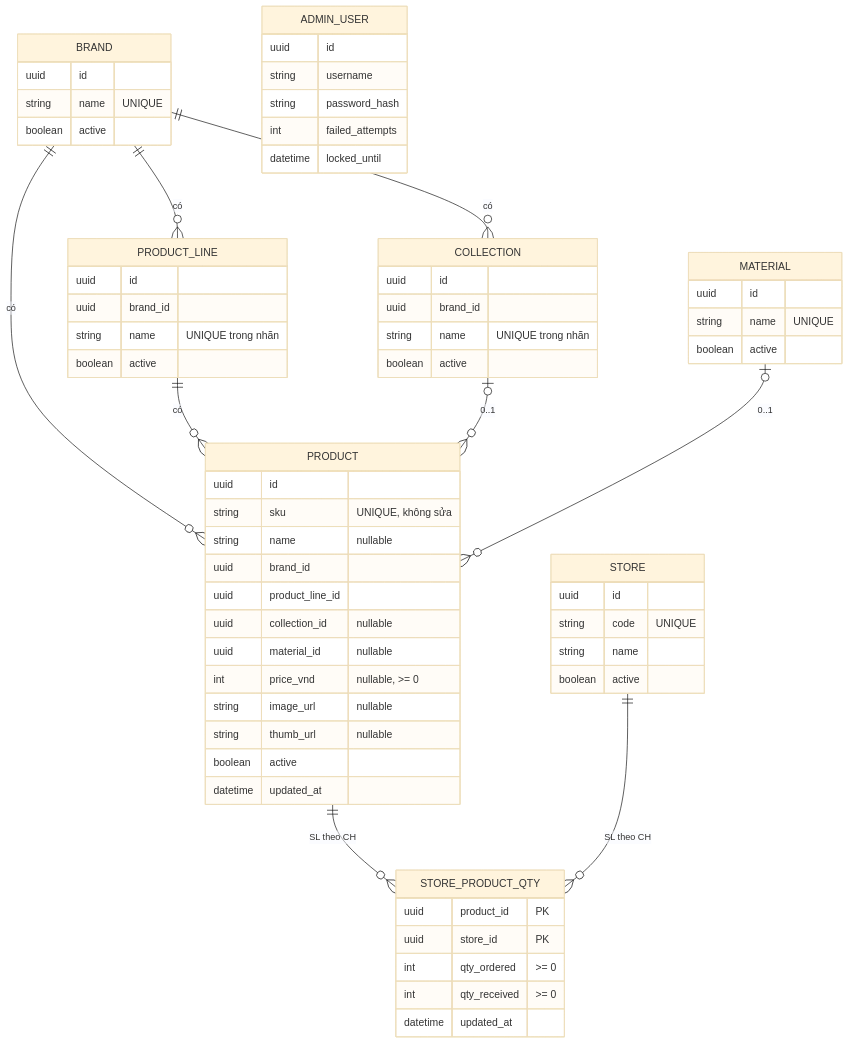
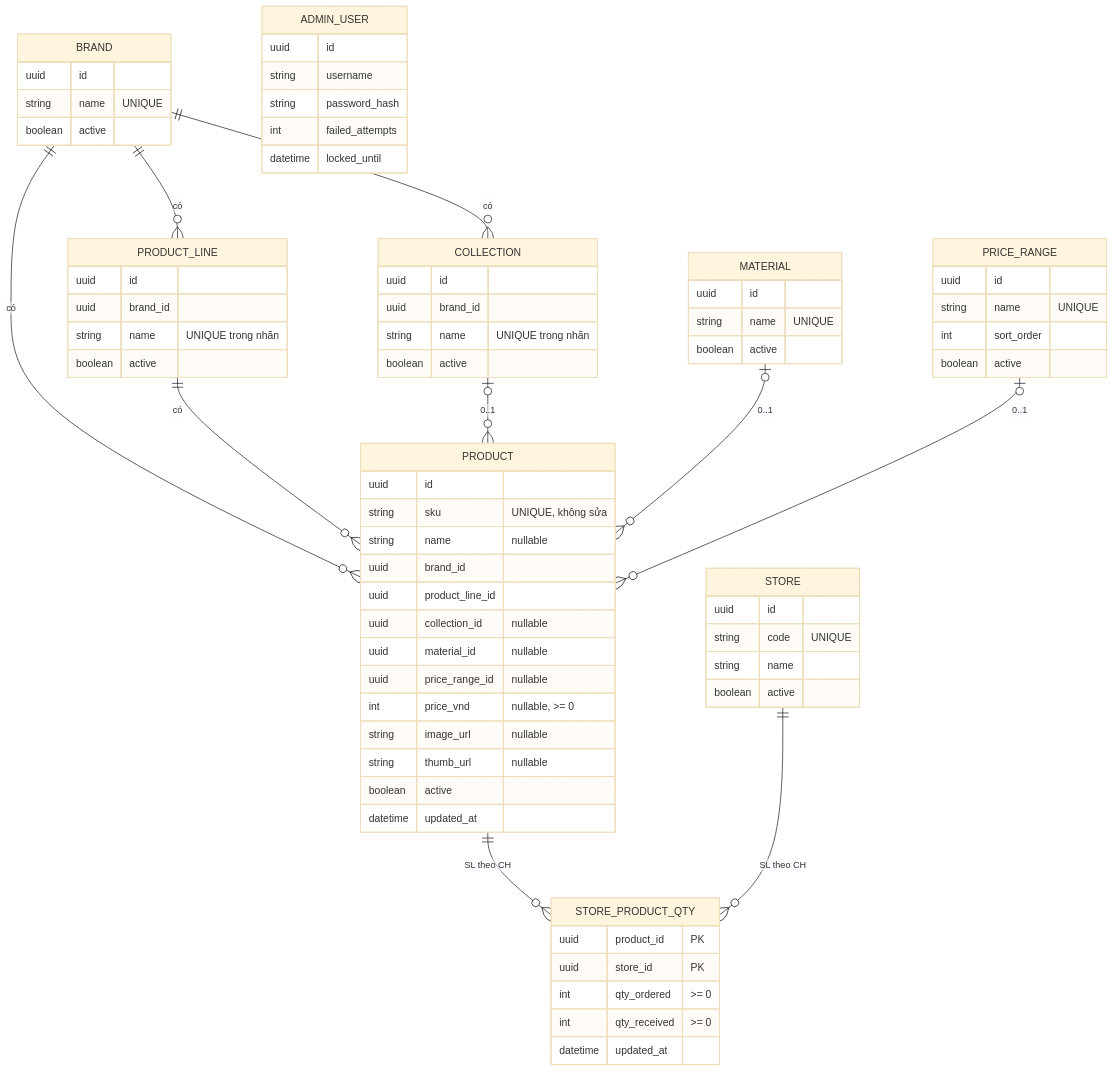
Before and after one commit to FireRz/xuanthantai2027: the second of 3 diagrams in ARCHITECTURE.md, drawn with Mermaid (base theme). The commit also changed other lines of this file and 25 other files, not shown here.

````diff
--- a/ARCHITECTURE.md
+++ b/ARCHITECTURE.md
@@ -64,39 +64,42 @@
 ```mermaid
 erDiagram
   BRAND ||--o{ PRODUCT_LINE : "có"
   BRAND ||--o{ COLLECTION : "có"
   BRAND ||--o{ PRODUCT : "có"
   PRODUCT_LINE ||--o{ PRODUCT : "có"
   COLLECTION |o--o{ PRODUCT : "0..1"
   MATERIAL |o--o{ PRODUCT : "0..1"
+  PRICE_RANGE |o--o{ PRODUCT : "0..1"
   PRODUCT ||--o{ STORE_PRODUCT_QTY : "SL theo CH"
   STORE ||--o{ STORE_PRODUCT_QTY : "SL theo CH"
 
   BRAND { uuid id string name "UNIQUE" boolean active }
   PRODUCT_LINE { uuid id uuid brand_id string name "UNIQUE trong nhãn" boolean active }
   COLLECTION { uuid id uuid brand_id string name "UNIQUE trong nhãn" boolean active }
   MATERIAL { uuid id string name "UNIQUE" boolean active }
+  PRICE_RANGE { uuid id string name "UNIQUE" int sort_order boolean active }
   STORE { uuid id string code "UNIQUE" string name boolean active }
   PRODUCT {
     uuid id
     string sku "UNIQUE, không sửa"
     string name "nullable"
     uuid brand_id
     uuid product_line_id
     uuid collection_id "nullable"
     uuid material_id "nullable"
+    uuid price_range_id "nullable"
     int price_vnd "nullable, >= 0"
     string image_url "nullable"
     string thumb_url "nullable"
     boolean active
     datetime updated_at
   }
   STORE_PRODUCT_QTY {
     uuid product_id "PK"
     uuid store_id "PK"
     int qty_ordered ">= 0"
     int qty_received ">= 0"
     datetime updated_at
   }
   ADMIN_USER { uuid id string username string password_hash int failed_attempts datetime locked_until }
 ```
````
